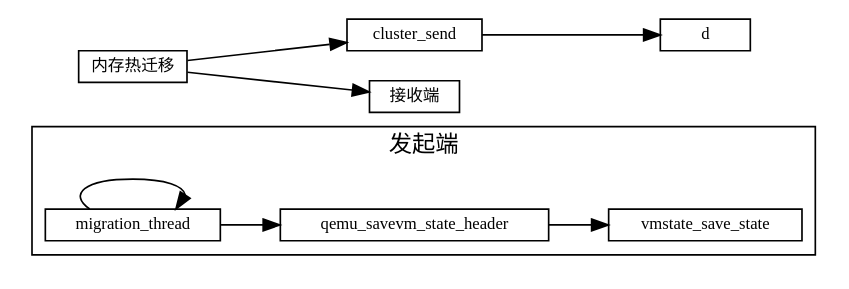
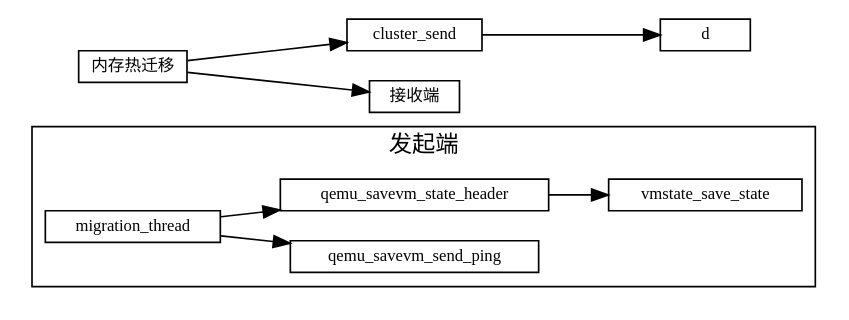
One commit to sisyphus1212/note changed the diagram in 虚拟化/热迁移/1-内存热迁移.md. Above: the diagram before and after it, drawn with Graphviz.

Commit message:
auto_update

````diff
--- a/虚拟化/热迁移/1-内存热迁移.md
+++ b/虚拟化/热迁移/1-内存热迁移.md
@@ -11,22 +11,22 @@
 ```graphviz
 digraph 热迁移 {
 fontname="Helvetica,Arial,sans-serif"
 //node [fontname="Helvetica,Arial,sans-serif"]
 edge [fontname="Helvetica,Arial,sans-serif"]
 rankdir="LR"
 node [fontsize=10, shape=box, height=0.25]
 edge [fontsize=10]
 
   subgraph cluster_send {
     label="发起端";
-    migration_thread ->
+    migration_thread -> qemu_savevm_send_ping
     migration_thread -> qemu_savevm_state_header -> vmstate_save_state
   }
 
 内存热迁移 [label="内存热迁移"]
 内存热迁移 -> cluster_send
            -> d
 
 内存热迁移 -> 接收端
 }
 ```
````
